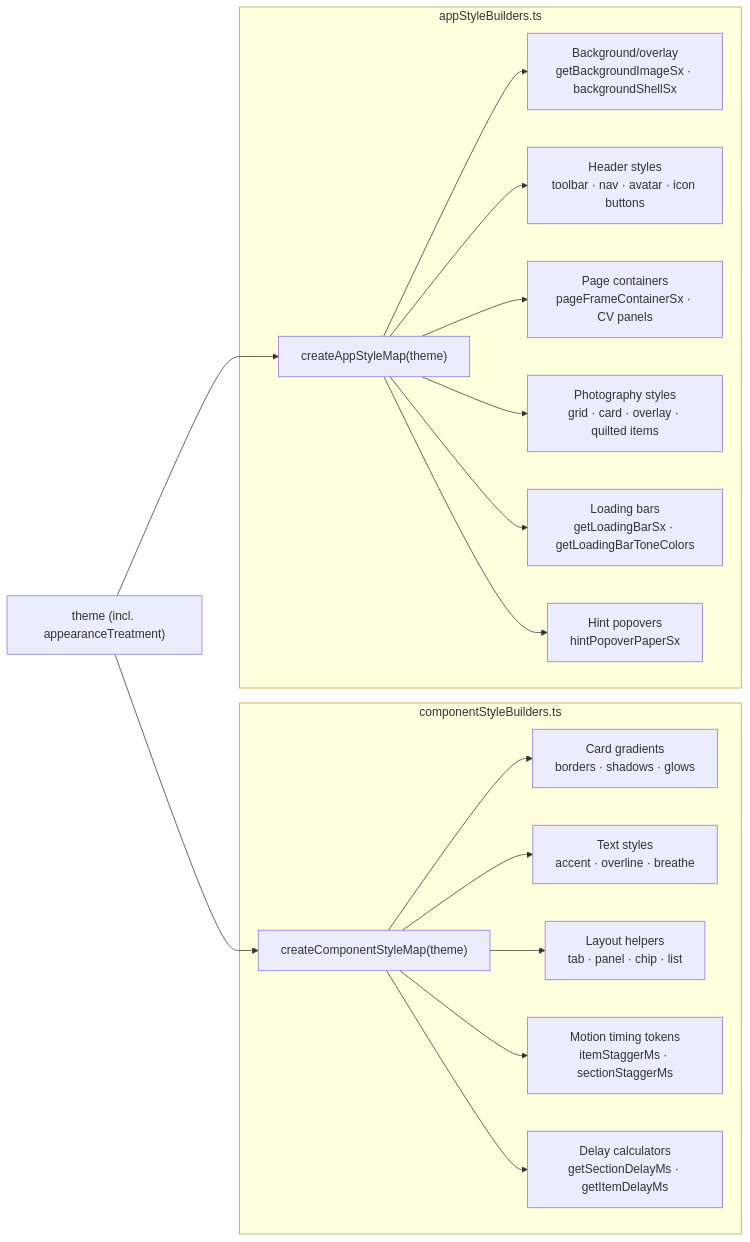
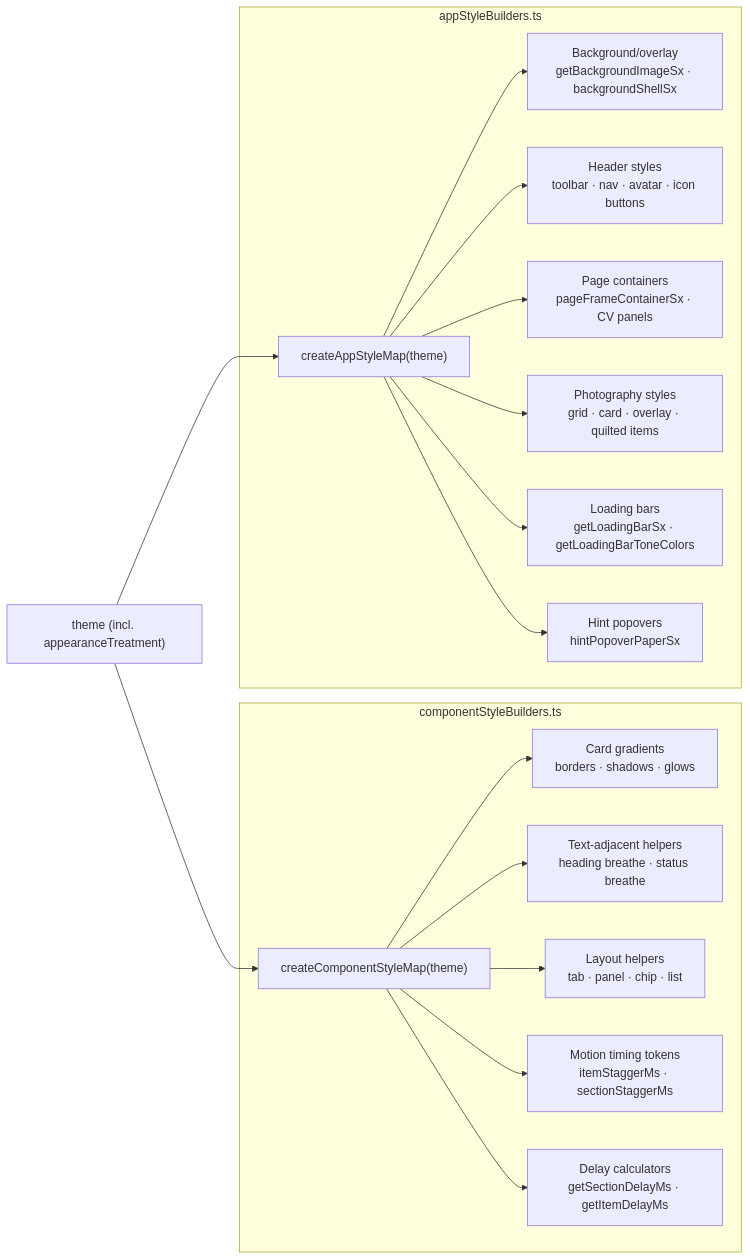
The second of 2 diagrams in docs/frontend/theme-and-styling.md (danphenderson/dev-danhenderson), drawn with Mermaid before and after one commit. The commit also changed other lines of this file and 88 other files, not shown here.

Commit message:
refactor:  text-system consolidation, repeated-list animation refactoring, static-hook/status cleanup, Home/CV orchestration extraction, plus the aligned tests, docs, plan files, and screenshot artifacts.

````diff
--- a/docs/frontend/theme-and-styling.md
+++ b/docs/frontend/theme-and-styling.md
@@ -154,26 +156,26 @@
 ```mermaid
 flowchart LR
   Theme["theme (incl. appearanceTreatment)"]
 
   subgraph Component["componentStyleBuilders.ts"]
     CSM["createComponentStyleMap(theme)"]
     Cards["Card gradients<br/>borders · shadows · glows"]
-    Text["Text styles<br/>accent · overline · breathe"]
+    Text["Text-adjacent helpers<br/>heading breathe · status breathe"]
     Layouts["Layout helpers<br/>tab · panel · chip · list"]
     Timings["Motion timing tokens<br/>itemStaggerMs · sectionStaggerMs"]
     Helpers["Delay calculators<br/>getSectionDelayMs · getItemDelayMs"]
   end
 
   subgraph App["appStyleBuilders.ts"]
     ASM["createAppStyleMap(theme)"]
     BG["Background/overlay<br/>getBackgroundImageSx · backgroundShellSx"]
     Header["Header styles<br/>toolbar · nav · avatar · icon buttons"]
     Page["Page containers<br/>pageFrameContainerSx · CV panels"]
     Photo["Photography styles<br/>grid · card · overlay · quilted items"]
     Loading["Loading bars<br/>getLoadingBarSx · getLoadingBarToneColors"]
     Hints["Hint popovers<br/>hintPopoverPaperSx"]
   end
 
   Theme --> CSM --> Cards & Text & Layouts & Timings & Helpers
   Theme --> ASM --> BG & Header & Page & Photo & Loading & Hints
 ```
````
